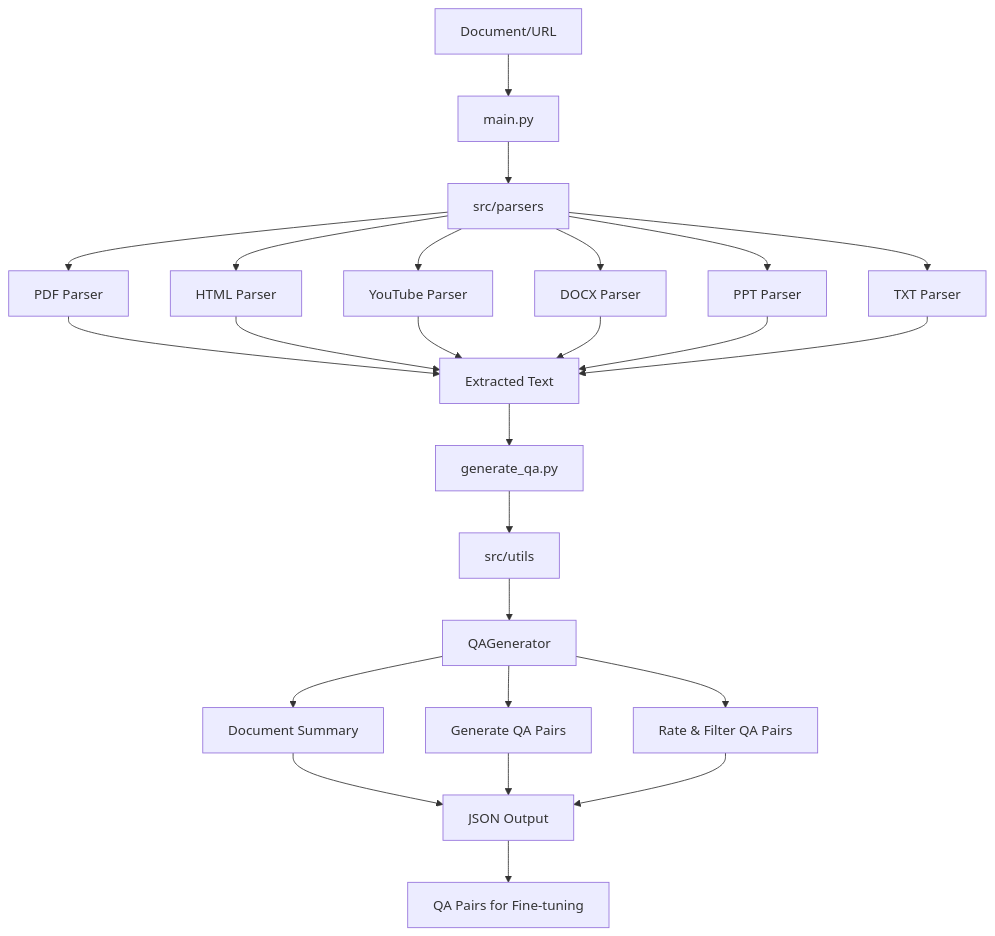
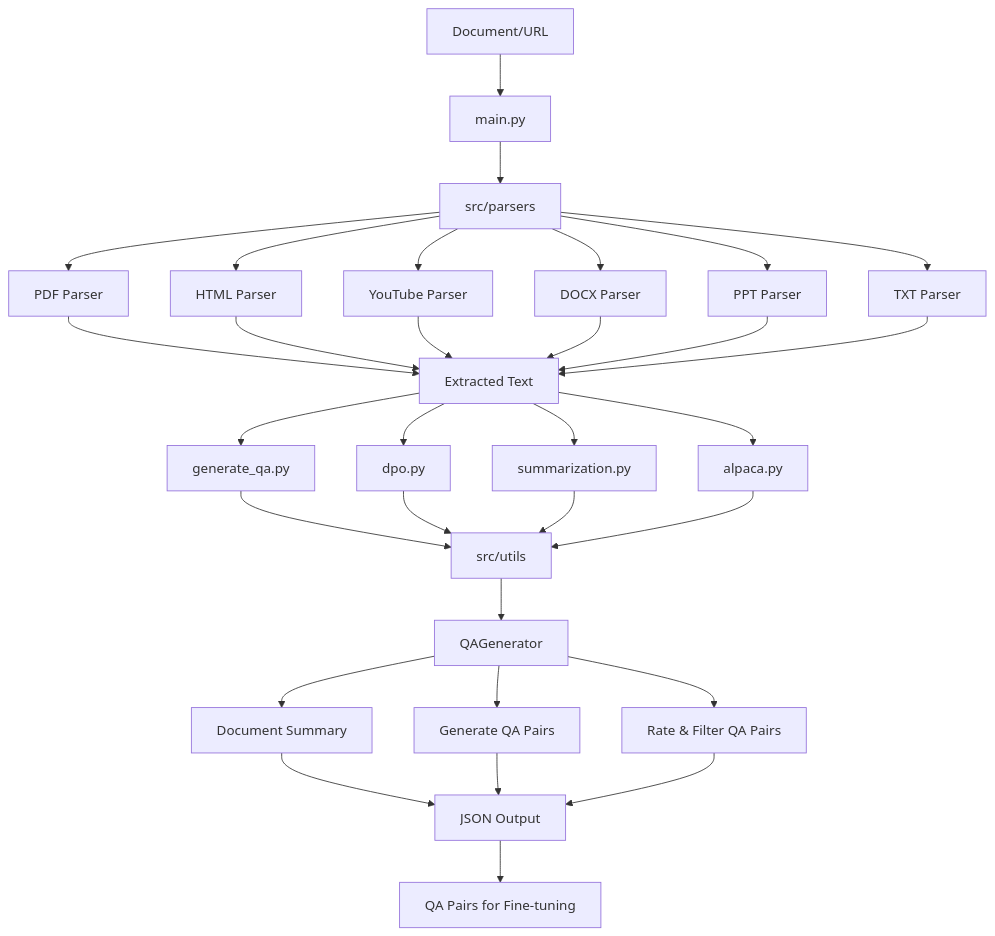
One commit to meta-llama/llama-cookbook changed the diagram in end-to-end-use-cases/data-tool/ReadMe.MD. Above: the diagram before and after it, drawn with Mermaid.

````diff
--- a/end-to-end-use-cases/data-tool/ReadMe.MD
+++ b/end-to-end-use-cases/data-tool/ReadMe.MD
@@ -128,23 +128,30 @@
 ```mermaid
 graph TD
     A[Document/URL] --> B[main.py]
     B --> C[src/parsers]
     C --> D[PDF Parser]
     C --> E[HTML Parser]
     C --> F[YouTube Parser]
     C --> G[DOCX Parser]
     C --> H[PPT Parser]
     C --> I[TXT Parser]
     D & E & F & G & H & I --> J[Extracted Text]
     
     J --> K[generate_qa.py]
+    J --> KK[dpo.py]
+    J --> KL[summarization.py]
+    J --> KM[alpaca.py]
+
     K --> L[src/utils]
+    KK --> L[src/utils]
+    KL --> L[src/utils]
+    KM--> L[src/utils]
     L --> M[QAGenerator]
     
     M --> N[Document Summary]
     M --> O[Generate QA Pairs]
     M --> P[Rate & Filter QA Pairs]
     
     N & O & P --> Q[JSON Output]
     Q --> R[QA Pairs for Fine-tuning]
 ```
````
